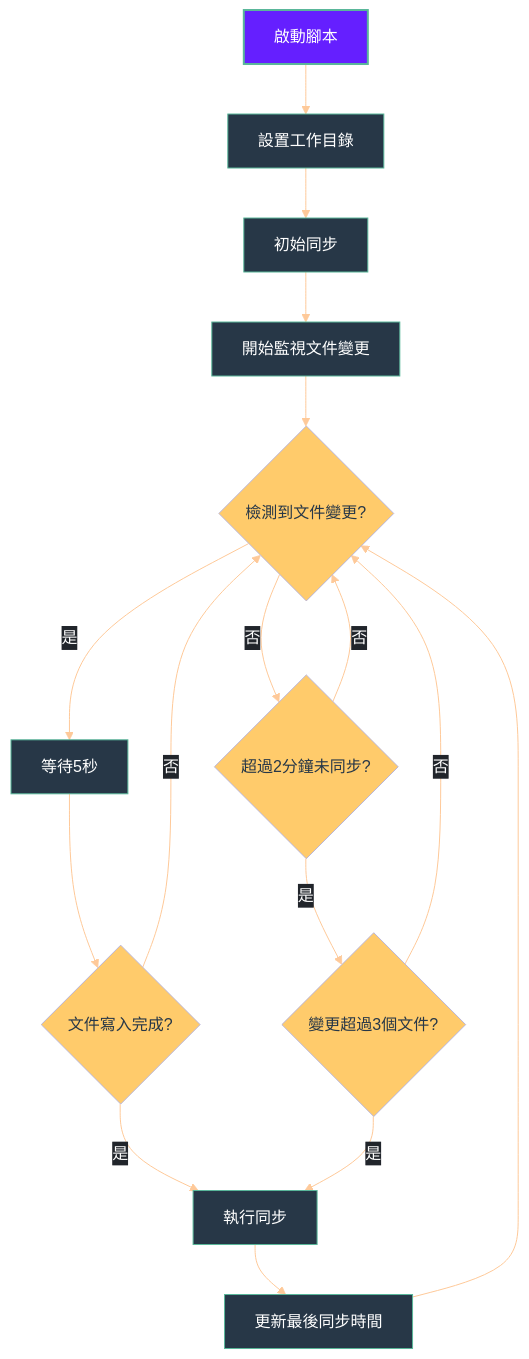
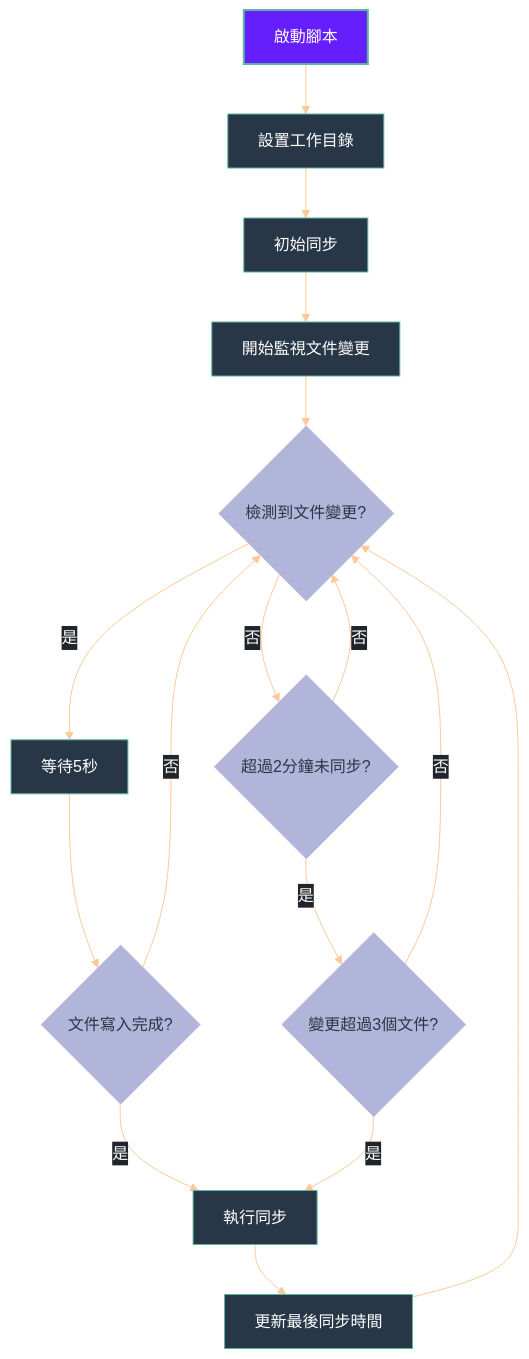
Before and after one commit to GengGeng026/Sync-Logseq: the second of 2 diagrams in Logseq同步方案演進記錄.md, drawn with Mermaid.

Commit message:
Auto-sync: Wed Mar 26 10:19:07 +08 2025

````diff
--- a/Logseq同步方案演進記錄.md
+++ b/Logseq同步方案演進記錄.md
@@ -375,52 +375,52 @@
 ```mermaid
 %%{init: {
   'theme': 'base', 
   'themeVariables': {
     'primaryColor': '#19E9D9',
     'primaryTextColor': '#FFFFFF',
     'primaryBorderColor': '#59B79A',
     'lineColor': '#FEC999',
     'secondaryColor': '#FFCB6B',
     'tertiaryColor': '#F07178',
     'background': 'transparent',
     'textColor': '#EEFFFF',
     'mainBkg': '#273747',
     'nodeBorder': '#59B79A',
     'clusterBkg': 'transparent',
     'edgeLabelBackground': '#21252B'
   },
   'flowchart': {
     'curve': 'basis',
     'nodeSpacing': 50,
     'rankSpacing': 50,
     'padding': 15
   }
 }}%%
 flowchart TD
     %% 節點樣式優化
     classDef start fill:#651FFF,stroke:#59B79A,color:#FFFFFF,stroke-width:2px;
     classDef process fill:#19E9D,stroke:#59B79A,color:#FFFFFF,stroke-width:1px;
-    classDef condition fill:#FFCB6B,stroke:#B9B5D9,color:#273747,stroke-width:1px,shape:diamond;
+    classDef condition fill:#B1B5D9,stroke:#B9B5D9,color:#273747,stroke-width:1px,shape:diamond;
     classDef action fill:#F07178,stroke:#59B79A,color:#FFFFFF,stroke-width:1px;
     
     A[啟動腳本] --> B[設置工作目錄]
     B --> C[初始同步]
     C --> D[開始監視文件變更]
     D --> E{檢測到文件變更?}
     E -->|是| F[等待5秒]
     F --> G{文件寫入完成?}
     G -->|是| H[執行同步]
     G -->|否| E
     E -->|否| I{超過2分鐘未同步?}
     I -->|是| J{變更超過3個文件?}
     J -->|是| H
     J -->|否| E
     I -->|否| E
     H --> K[更新最後同步時間]
     K --> E
     
     %% 應用樣式
     class A start;
     class B,C,D,F,H,K process;
     class E,G,I,J condition;
 ```
````
